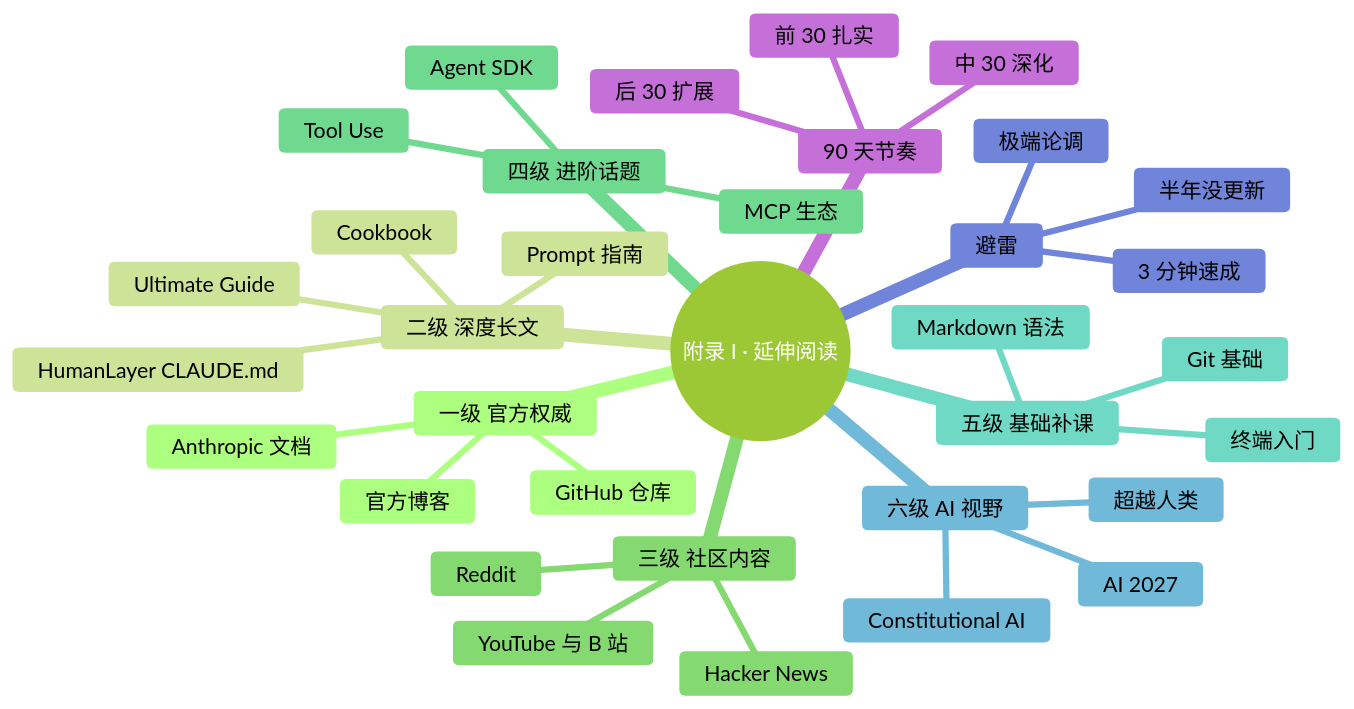
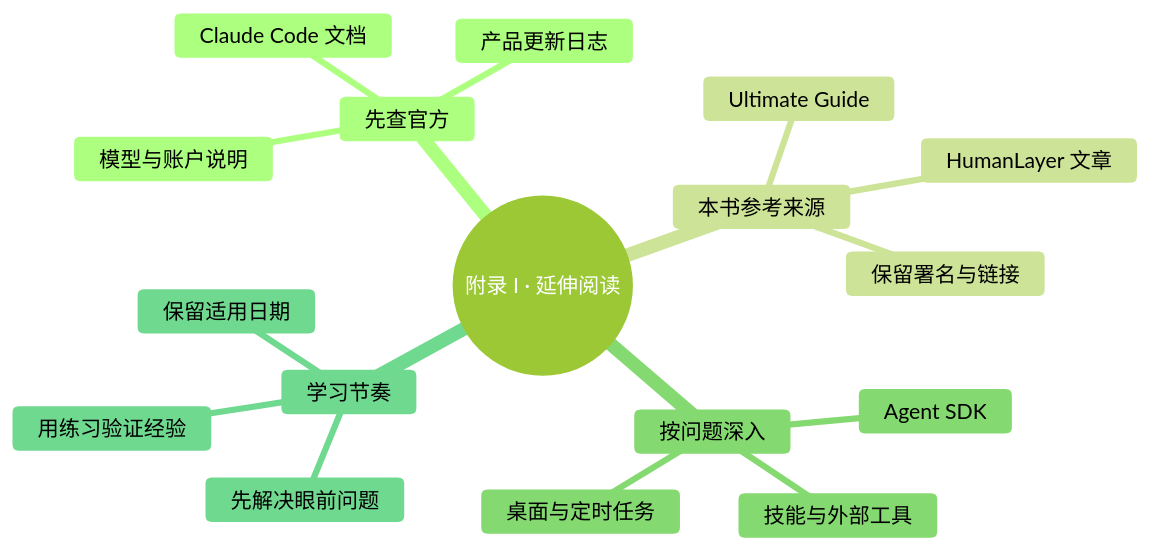
One commit to mali9527/claude-code-full-guide-for-beginners changed the diagram in manuscript/附录/I-延伸阅读.md. Above: the diagram before and after it, drawn with Mermaid. The commit also changed other lines of this file and 130 other files, not shown here.

Commit message:
更新 Claude Code 九月源稿并接入系列生产工具

````diff
--- a/manuscript/附录/I-延伸阅读.md
+++ b/manuscript/附录/I-延伸阅读.md
@@ -8,46 +8,28 @@
 ```mermaid
 ---
 config:
   theme: forest
   themeVariables:
     fontFamily: "-apple-system, 'SF Pro Text', 'PingFang SC', 'Helvetica Neue', sans-serif"
     fontSize: "17px"
     lineColor: "#D9D9D9"
 ---
 mindmap
   root((附录 I · 延伸阅读))
-    一级 官方权威
-      Anthropic 文档
-      GitHub 仓库
-      官方博客
-    二级 深度长文
-      HumanLayer CLAUDE.md
+    先查官方
+      Claude Code 文档
+      产品更新日志
+      模型与账户说明
+    本书参考来源
       Ultimate Guide
-      Prompt 指南
-      Cookbook
-    三级 社区内容
-      Reddit
-      Hacker News
-      YouTube 与 B 站
-    四级 进阶话题
+      HumanLayer 文章
+      保留署名与链接
+    按问题深入
+      技能与外部工具
+      桌面与定时任务
       Agent SDK
-      MCP 生态
-      Tool Use
-    五级 基础补课
-      终端入门
-      Git 基础
-      Markdown 语法
-    六级 AI 视野
-      AI 2027
-      超越人类
-      Constitutional AI
-    避雷
-      3 分钟速成
-      半年没更新
-      极端论调
-    90 天节奏
-      前 30 扎实
-      中 30 深化
-      后 30 扩展
-
+    学习节奏
+      先解决眼前问题
+      用练习验证经验
+      保留适用日期
 ```
````
